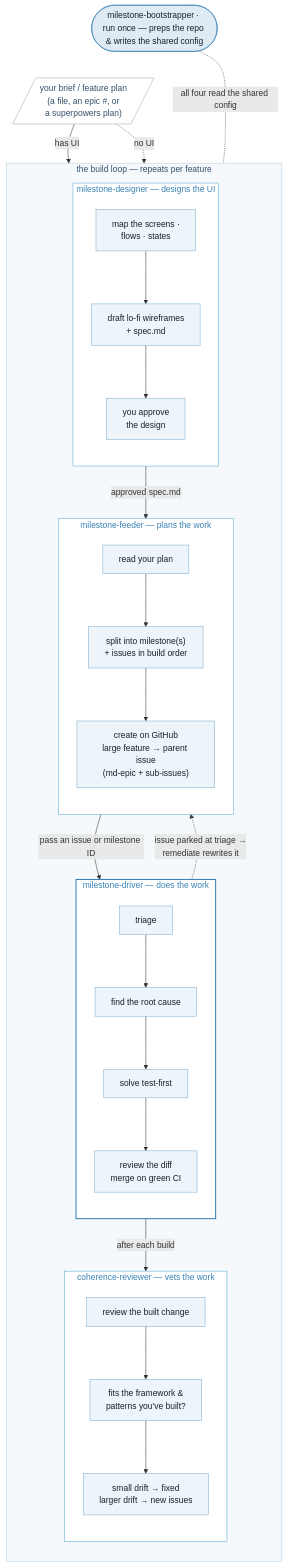
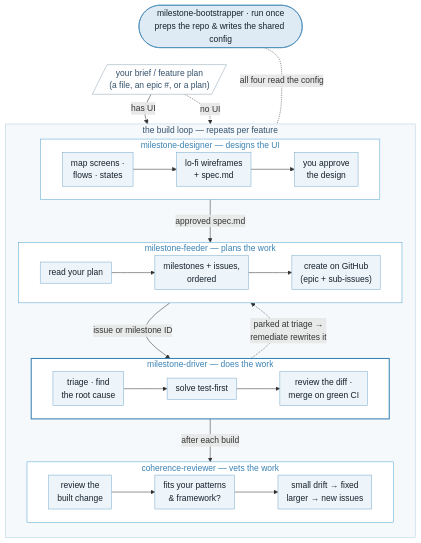
One commit to kenmulford/milestone-suite changed the diagram in README.md. Above: the diagram before and after it, drawn with Mermaid.

Commit message:
docs(readme): make the flowchart mobile-friendly - compact 3-node rows, no wide ribbon
wrappingWidth 900 and long single-line labels rendered a ~1000-1900px
ribbon that scales to unreadable text on a phone; the suite chart's
vertical node stacks read as a tunnel. Every subgraph is now an
internal LR row of at most 3 compact nodes, labels wrap at 280,
spacing tightened. Structure, edges, and styling semantics unchanged.

````diff
--- a/README.md
+++ b/README.md
@@ -15,46 +15,47 @@
 ```mermaid
+%%{init: {"flowchart": {"wrappingWidth": 280, "nodeSpacing": 30, "rankSpacing": 32, "padding": 8}} }%%
 flowchart TD
-    boot(["milestone-bootstrapper · run once — preps the repo &amp; writes the shared config"])
+    boot(["milestone-bootstrapper · run once<br/>preps the repo &amp; writes the shared config"])
 
-    plan[/"your brief / feature plan<br/>(a file, an epic #, or<br/>a superpowers plan)"/]
+    plan[/"your brief / feature plan<br/>(a file, an epic #, or a plan)"/]
 
     subgraph loop [the build loop — repeats per feature]
         direction TB
         subgraph sgG [milestone-designer — designs the UI]
-            direction TB
-            g1["map the screens ·<br/>flows · states"] --> g2["draft lo-fi wireframes<br/>+ spec.md"] --> g3["you approve<br/>the design"]
+            direction LR
+            g1["map screens ·<br/>flows · states"] --> g2["lo-fi wireframes<br/>+ spec.md"] --> g3["you approve<br/>the design"]
         end
         subgraph sgF [milestone-feeder — plans the work]
-            direction TB
-            f1["read your plan"] --> f2["split into milestone(s)<br/>+ issues in build order"] --> f3["create on GitHub<br/>large feature → parent issue<br/>(md-epic + sub-issues)"]
+            direction LR
+            f1["read your plan"] --> f2["milestones + issues,<br/>ordered"] --> f3["create on GitHub<br/>(epic + sub-issues)"]
         end
         subgraph sgD [milestone-driver — does the work]
-            direction TB
-            d1["triage"] --> d2["find the root cause"] --> d3["solve test-first"] --> d4["review the diff<br/>merge on green CI"]
+            direction LR
+            d1["triage · find<br/>the root cause"] --> d2["solve test-first"] --> d3["review the diff ·<br/>merge on green CI"]
         end
         subgraph sgR [coherence-reviewer — vets the work]
-            direction TB
-            r1["review the built change"] --> r2["fits the framework &amp;<br/>patterns you've built?"] --> r3["small drift → fixed<br/>larger drift → new issues"]
+            direction LR
+            r1["review the<br/>built change"] --> r2["fits your patterns<br/>&amp; framework?"] --> r3["small drift → fixed<br/>larger → new issues"]
         end
 
         sgG -->|approved spec.md| sgF
-        sgF -->|pass an issue or milestone ID| sgD
+        sgF -->|issue or milestone ID| sgD
         sgD -->|after each build| sgR
-        sgD -.->|"issue parked at triage →<br/>remediate rewrites it"| sgF
+        sgD -.->|"parked at triage →<br/>remediate rewrites it"| sgF
     end
 
     boot ~~~ plan
     plan -->|has UI| sgG
     plan -.->|no UI| sgF
-    boot <-.-|all four read the shared config| loop
+    boot <-.-|all four read the config| loop
 
     style boot fill:#DEEBF5,stroke:#3A82B4,color:#15212B
     style plan fill:#FFFFFF,stroke:#94A9B8,color:#33506B
     style loop fill:#F5F9FC,stroke:#B9CFDF,color:#33506B
     style sgG fill:#FFFFFF,stroke:#5AA6D4,color:#3A82B4
     style sgF fill:#FFFFFF,stroke:#5AA6D4,color:#3A82B4
     style sgD fill:#FFFFFF,stroke:#3A82B4,stroke-width:2px,color:#3A82B4
     style sgR fill:#FFFFFF,stroke:#5AA6D4,color:#3A82B4
     classDef action fill:#EDF4FA,stroke:#7FAECE,color:#15212B
-    class g1,g2,g3,f1,f2,f3,d1,d2,d3,d4,r1,r2,r3 action
+    class g1,g2,g3,f1,f2,f3,d1,d2,d3,r1,r2,r3 action
 ```
````
